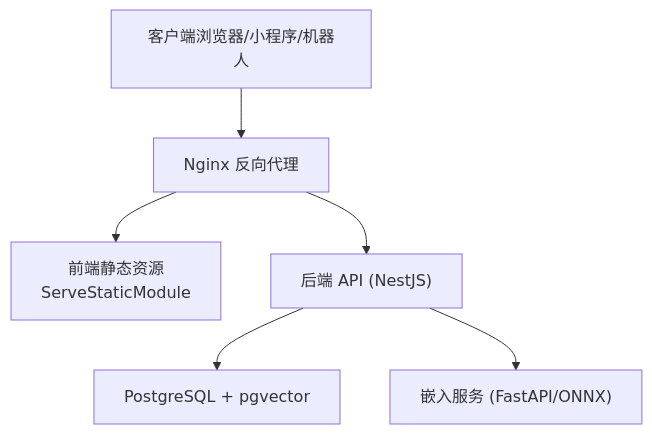
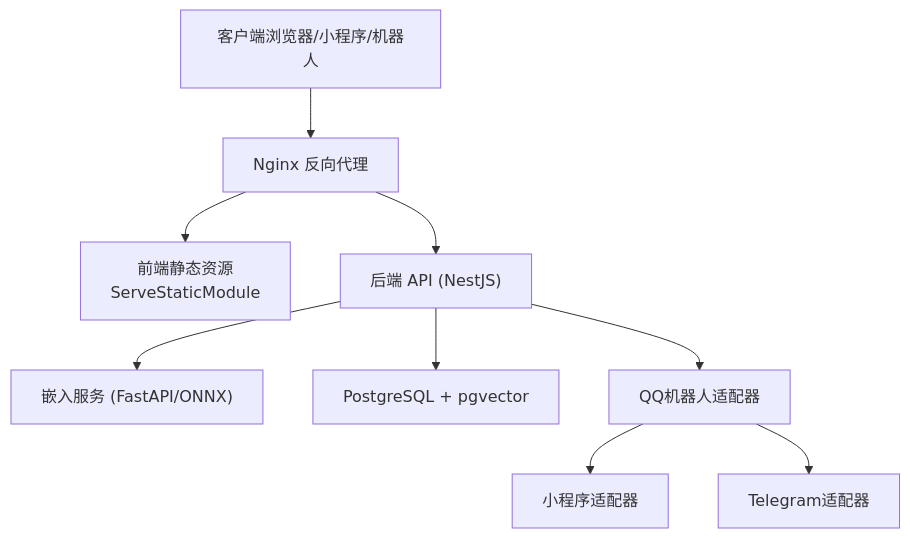
Before and after one commit to L1mingyoung/ex: the second of 7 diagrams in .qoder/repowiki/zh/content/部署与运维/部署与运维.md, drawn with Mermaid. The commit also changed other lines of this file and 17 other files, not shown here.

````diff
--- a/.qoder/repowiki/zh/content/部署与运维/部署与运维.md
+++ b/.qoder/repowiki/zh/content/部署与运维/部署与运维.md
@@ -146,14 +163,20 @@
 ```mermaid
 graph TB
 Client["客户端浏览器/小程序/机器人"]
 Nginx["Nginx 反向代理"]
 FE["前端静态资源<br/>ServeStaticModule"]
 API["后端 API (NestJS)"]
 Embed["嵌入服务 (FastAPI/ONNX)"]
 DB["PostgreSQL + pgvector"]
+QQBot["QQ机器人适配器"]
+MiniProgram["小程序适配器"]
+Telegram["Telegram适配器"]
 Client --> Nginx
 Nginx --> FE
 Nginx --> API
 API --> DB
 API --> Embed
+API --> QQBot
+QQBot --> MiniProgram
+QQBot --> Telegram
 ```
````
